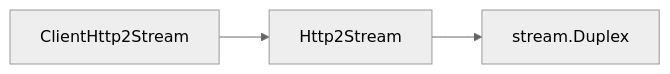
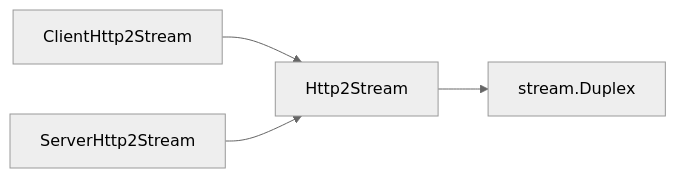
One commit to samuel871211/yusheng-tech-blog changed the first of 3 diagrams in docs/nodejs/http2.md. Above: the diagram before and after it, drawn with Mermaid (neutral theme). The commit also changed other lines of this file and 1 other file, not shown here.

Commit message:
endStream

````diff
--- a/docs/nodejs/http2.md
+++ b/docs/nodejs/http2.md
@@ -408,5 +408,6 @@
 ```mermaid
 flowchart LR
-    A[ClientHttp2Stream] --> B[Http2Stream]
-    B --> C[stream.Duplex]
+    A[ClientHttp2Stream] --> C[Http2Stream]
+    B[ServerHttp2Stream] --> C
+    C --> D[stream.Duplex]
 ```
````
